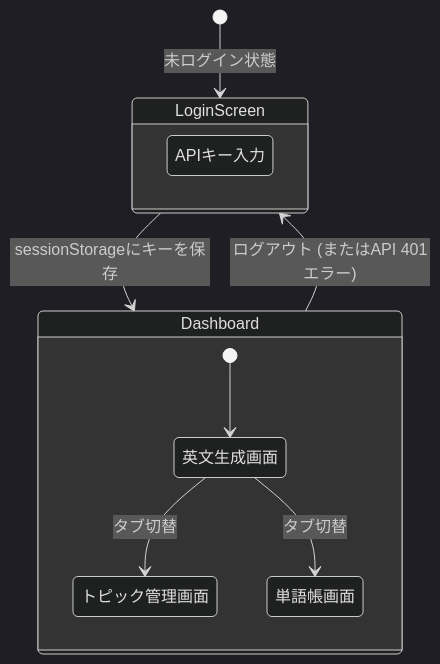
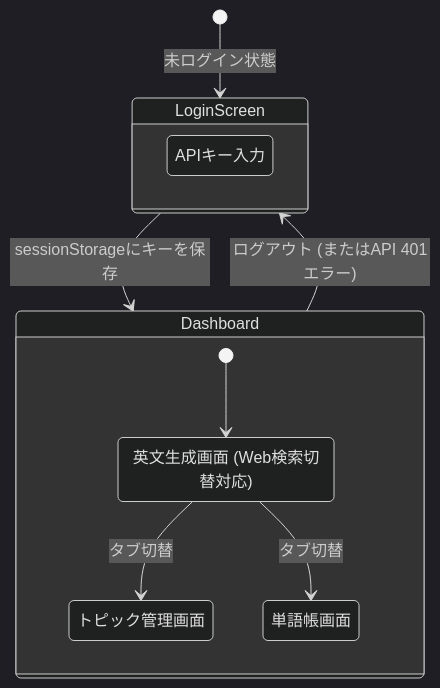
The diagram in docs/learning/04_frontend_react.md (moden3/ai-english-learner), drawn with Mermaid (dark theme) before and after one commit. The commit also changed other lines of this file and 16 other files, not shown here.

````diff
--- a/docs/learning/04_frontend_react.md
+++ b/docs/learning/04_frontend_react.md
@@ -55,22 +59,22 @@
 ```mermaid
 stateDiagram-v2
     [*] --> LoginScreen : 未ログイン状態
 
     state LoginScreen {
         InputAPIKey: APIキー入力
     }
 
     LoginScreen --> Dashboard : sessionStorageにキーを保存
 
     state Dashboard {
         [*] --> TextGenerator
-        TextGenerator : 英文生成画面
+        TextGenerator : 英文生成画面 (Web検索切替対応)
         TopicManager : トピック管理画面
         VocabularyManager : 単語帳画面
         
         TextGenerator --> TopicManager : タブ切替
         TextGenerator --> VocabularyManager : タブ切替
     }
 
     Dashboard --> LoginScreen : ログアウト (またはAPI 401エラー)
 ```
````
